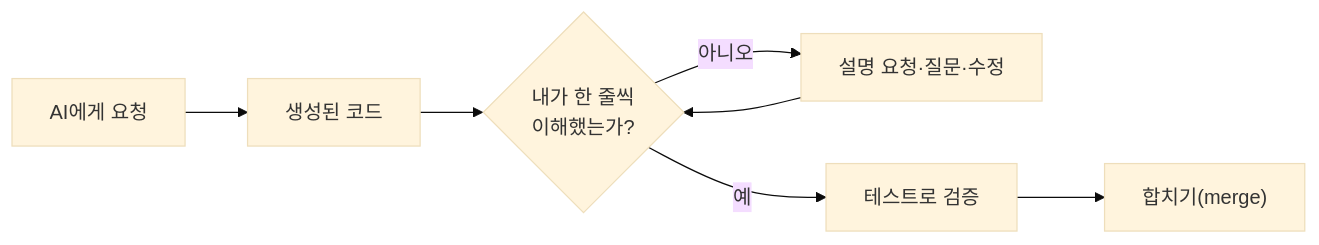
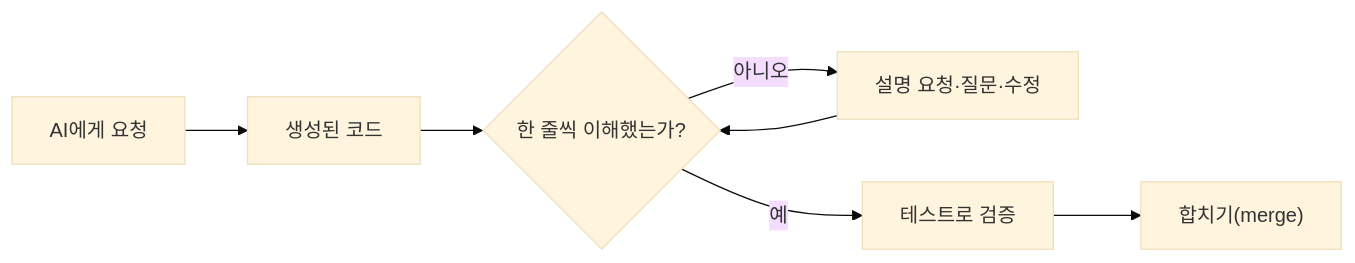
One commit to shm3041/shm3041.github.io changed the diagram in _posts/2026-11-23-ai-code-maintenance.md. Above: the diagram before and after it, drawn with Mermaid (base theme). The commit also changed other lines of this file, not shown here.

````diff
--- a/_posts/2026-11-23-ai-code-maintenance.md
+++ b/_posts/2026-11-23-ai-code-maintenance.md
@@ -144,9 +134,9 @@
 ```mermaid
 flowchart LR
     A["AI에게 요청"] --> B["생성된 코드"]
-    B --> C{"내가 한 줄씩<br/>이해했는가?"}
+    B --> C{"한 줄씩 이해했는가?"}
     C -->|아니오| D["설명 요청·질문·수정"]
     D --> C
     C -->|예| E["테스트로 검증"]
     E --> F["합치기(merge)"]
 ```
````
